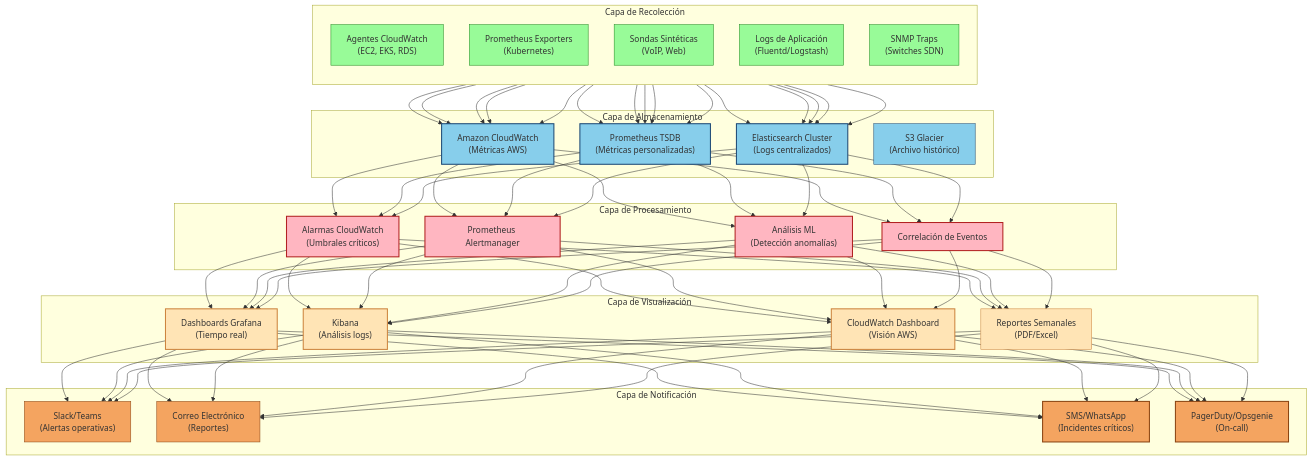
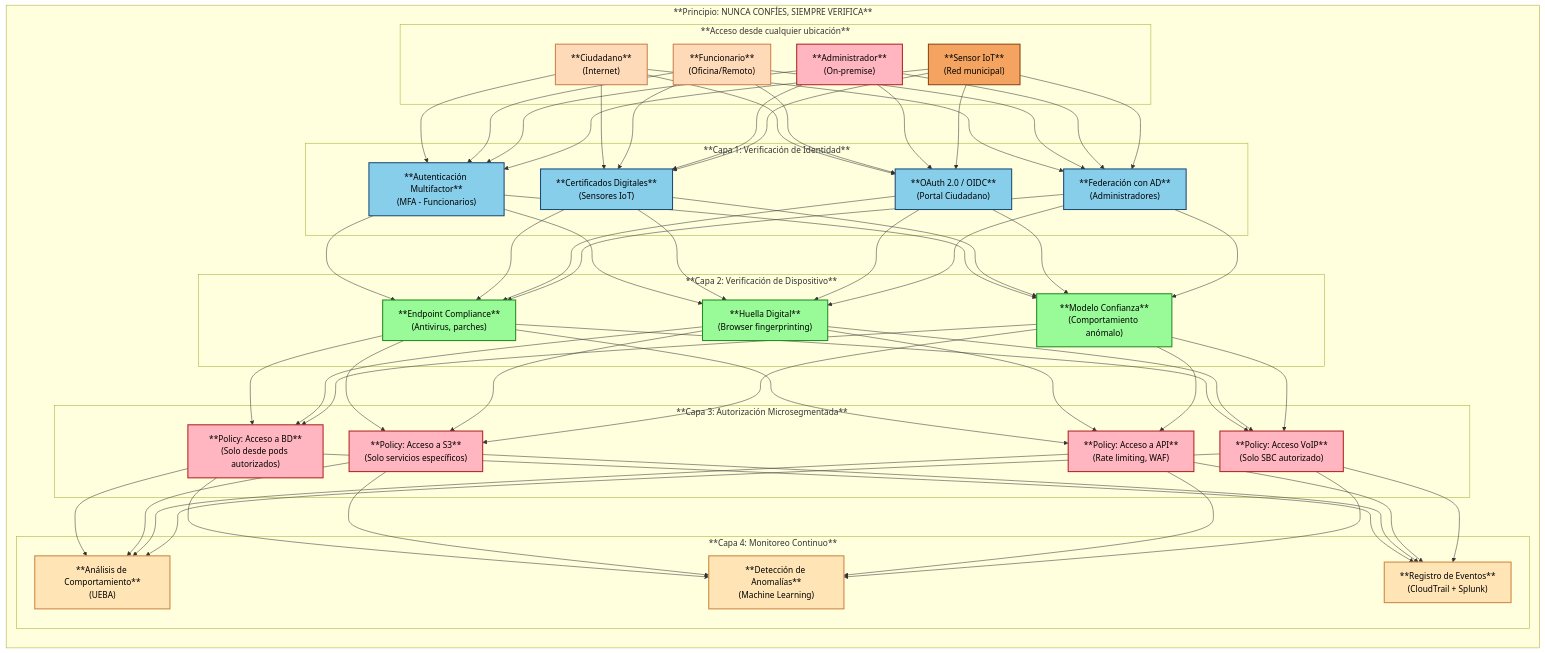
Before and after one commit to David15150/aca-telecomunicaciones: the diagram in Arquitectura de Monitoreo Integral.mermaid, drawn with Mermaid.

```diff
--- a/Arquitectura de Monitoreo Integral.mermaid
+++ b/Arquitectura de Monitoreo Integral.mermaid
@@ -1,68 +1,65 @@
 graph TB
-    subgraph "Capa de Recolección"
+    subgraph "**Principio: NUNCA CONFÍES, SIEMPRE VERIFICA**"
         direction TB
-        M1["Agentes CloudWatch<br/>(EC2, EKS, RDS)"]
-        M2["Prometheus Exporters<br/>(Kubernetes)"]
-        M3["Sondas Sintéticas<br/>(VoIP, Web)"]
-        M4["Logs de Aplicación<br/>(Fluentd/Logstash)"]
-        M5["SNMP Traps<br/>(Switches SDN)"]
+        
+        subgraph "**Acceso desde cualquier ubicación**"
+            Z1["**Ciudadano**<br/>(Internet)"]
+            Z2["**Funcionario**<br/>(Oficina/Remoto)"]
+            Z3["**Administrador**<br/>(On-premise)"]
+            Z4["**Sensor IoT**<br/>(Red municipal)"]
+        end
+        
+        subgraph "**Capa 1: Verificación de Identidad**"
+            V1["**Autenticación Multifactor**<br/>(MFA - Funcionarios)"]
+            V2["**Certificados Digitales**<br/>(Sensores IoT)"]
+            V3["**OAuth 2.0 / OIDC**<br/>(Portal Ciudadano)"]
+            V4["**Federación con AD**<br/>(Administradores)"]
+        end
+        
+        subgraph "**Capa 2: Verificación de Dispositivo**"
+            D1["**Endpoint Compliance**<br/>(Antivirus, parches)"]
+            D2["**Huella Digital**<br/>(Browser fingerprinting)"]
+            D3["**Modelo Confianza**<br/>(Comportamiento anómalo)"]
+        end
+        
+        subgraph "**Capa 3: Autorización Microsegmentada**"
+            M1["**Policy: Acceso a BD**<br/>(Solo desde pods autorizados)"]
+            M2["**Policy: Acceso a S3**<br/>(Solo servicios específicos)"]
+            M3["**Policy: Acceso a API**<br/>(Rate limiting, WAF)"]
+            M4["**Policy: Acceso VoIP**<br/>(Solo SBC autorizado)"]
+        end
+        
+        subgraph "**Capa 4: Monitoreo Continuo**"
+            C1["**Análisis de Comportamiento**<br/>(UEBA)"]
+            C2["**Detección de Anomalías**<br/>(Machine Learning)"]
+            C3["**Registro de Eventos**<br/>(CloudTrail + Splunk)"]
+        end
+        
+        Z1 & Z2 & Z3 & Z4 --> V1 & V2 & V3 & V4
+        V1 & V2 & V3 & V4 --> D1 & D2 & D3
+        D1 & D2 & D3 --> M1 & M2 & M3 & M4
+        M1 & M2 & M3 & M4 --> C1 & C2 & C3
     end
-
-    subgraph "Capa de Almacenamiento"
-        N1["Amazon CloudWatch<br/>(Métricas AWS)"]
-        N2["Prometheus TSDB<br/>(Métricas personalizadas)"]
-        N3["Elasticsearch Cluster<br/>(Logs centralizados)"]
-        N4["S3 Glacier<br/>(Archivo histórico)"]
-    end
-
-    subgraph "Capa de Procesamiento"
-        O1["Alarmas CloudWatch<br/>(Umbrales críticos)"]
-        O2["Prometheus Alertmanager"]
-        O3["Análisis ML<br/>(Detección anomalías)"]
-        O4["Correlación de Eventos"]
-    end
-
-    subgraph "Capa de Visualización"
-        P1["Dashboards Grafana<br/>(Tiempo real)"]
-        P2["Kibana<br/>(Análisis logs)"]
-        P3["CloudWatch Dashboard<br/>(Visión AWS)"]
-        P4["Reportes Semanales<br/>(PDF/Excel)"]
-    end
-
-    subgraph "Capa de Notificación"
-        Q1["Slack/Teams<br/>(Alertas operativas)"]
-        Q2["Correo Electrónico<br/>(Reportes)"]
-        Q3["SMS/WhatsApp<br/>(Incidentes críticos)"]
-        Q4["PagerDuty/Opsgenie<br/>(On-call)"]
-    end
-
-    M1 & M2 & M3 & M4 & M5 --> N1 & N2 & N3
-    N1 & N2 & N3 --> O1 & O2 & O3 & O4
-    O1 & O2 & O3 & O4 --> P1 & P2 & P3 & P4
-    P1 & P2 & P3 & P4 --> Q1 & Q2 & Q3 & Q4
     
-    style M1 fill:#98FB98,stroke:#228B22,stroke-width:1px
-    style M2 fill:#98FB98,stroke:#228B22,stroke-width:1px
-    style M3 fill:#98FB98,stroke:#228B22,stroke-width:1px
-    style M4 fill:#98FB98,stroke:#228B22,stroke-width:1px
-    style M5 fill:#98FB98,stroke:#228B22,stroke-width:1px
+    style Z1 fill:#FFDAB9,stroke:#CD7F4B,stroke-width:2px,color:#000000
+    style Z2 fill:#FFDAB9,stroke:#CD7F4B,stroke-width:2px,color:#000000
+    style Z3 fill:#FFB6C1,stroke:#B22222,stroke-width:2px,color:#000000
+    style Z4 fill:#F4A460,stroke:#8B4513,stroke-width:2px,color:#000000
     
-    style N1 fill:#87CEEB,stroke:#1E4A76,stroke-width:2px
-    style N2 fill:#87CEEB,stroke:#1E4A76,stroke-width:2px
-    style N3 fill:#87CEEB,stroke:#1E4A76,stroke-width:2px
-    style N4 fill:#87CEEB,stroke:#1E4A76,stroke-width:1px
+    style V1 fill:#87CEEB,stroke:#1E4A76,stroke-width:2px,color:#000000
+    style V2 fill:#87CEEB,stroke:#1E4A76,stroke-width:2px,color:#000000
+    style V3 fill:#87CEEB,stroke:#1E4A76,stroke-width:2px,color:#000000
+    style V4 fill:#87CEEB,stroke:#1E4A76,stroke-width:2px,color:#000000
     
-    style O1 fill:#FFB6C1,stroke:#B22222,stroke-width:2px
-    style O2 fill:#FFB6C1,stroke:#B22222,stroke-width:2px
-    style O3 fill:#FFB6C1,stroke:#B22222,stroke-width:2px
-    style O4 fill:#FFB6C1,stroke:#B22222,stroke-width:2px
+    style D1 fill:#98FB98,stroke:#228B22,stroke-width:2px,color:#000000
+    style D2 fill:#98FB98,stroke:#228B22,stroke-width:2px,color:#000000
+    style D3 fill:#98FB98,stroke:#228B22,stroke-width:2px,color:#000000
     
-    style P1 fill:#FFE4B5,stroke:#CD853F,stroke-width:2px
-    style P2 fill:#FFE4B5,stroke:#CD853F,stroke-width:2px
-    style P3 fill:#FFE4B5,stroke:#CD853F,stroke-width:2px
-    style P4 fill:#FFE4B5,stroke:#CD853F,stroke-width:1px
+    style M1 fill:#FFB6C1,stroke:#B22222,stroke-width:2px,color:#000000
+    style M2 fill:#FFB6C1,stroke:#B22222,stroke-width:2px,color:#000000
+    style M3 fill:#FFB6C1,stroke:#B22222,stroke-width:2px,color:#000000
+    style M4 fill:#FFB6C1,stroke:#B22222,stroke-width:2px,color:#000000
     
-    style Q1 fill:#F4A460,stroke:#8B4513,stroke-width:1px
-    style Q2 fill:#F4A460,stroke:#8B4513,stroke-width:1px
-    style Q3 fill:#F4A460,stroke:#8B4513,stroke-width:2px
-    style Q4 fill:#F4A460,stroke:#8B4513,stroke-width:2px
+    style C1 fill:#FFE4B5,stroke:#CD853F,stroke-width:2px,color:#000000
+    style C2 fill:#FFE4B5,stroke:#CD853F,stroke-width:2px,color:#000000
+    style C3 fill:#FFE4B5,stroke:#CD853F,stroke-width:2px,color:#000000
```
